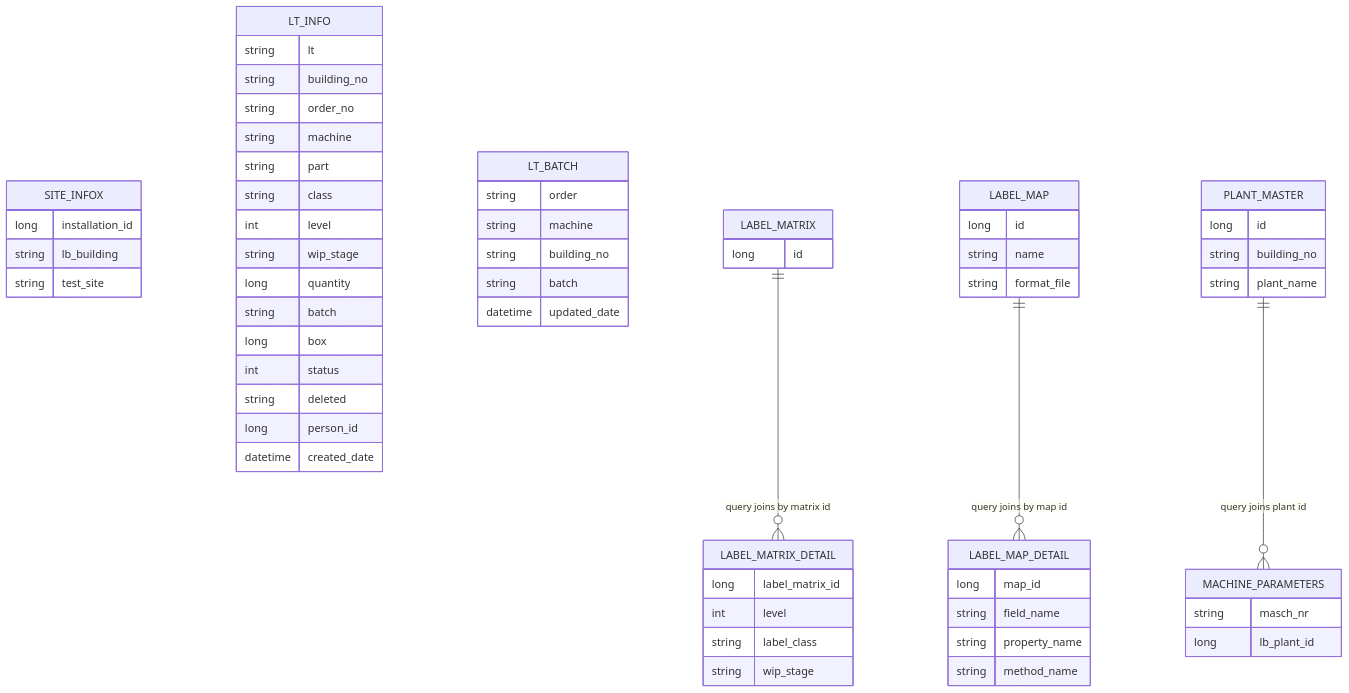
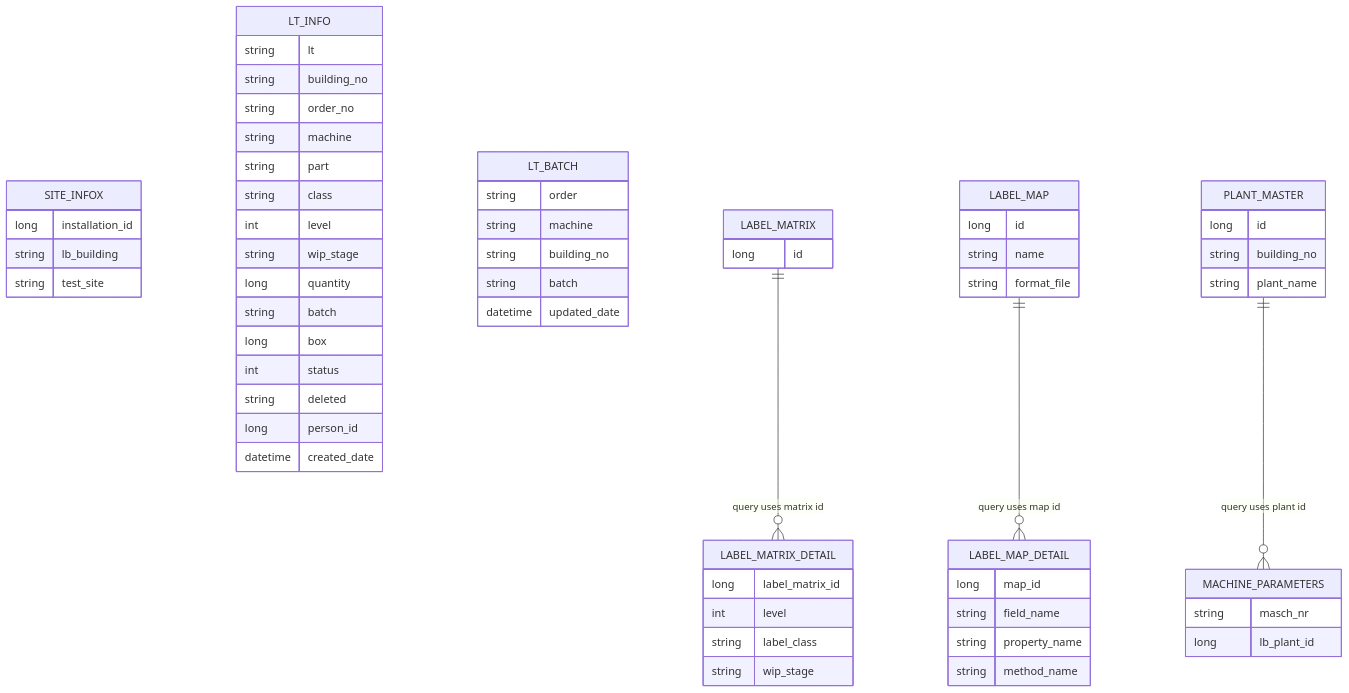
Before and after one commit to Raghavendra194/my-courses: the sixth of 8 diagrams in Architecture-Analysis.md, drawn with Mermaid. The commit also changed other lines of this file, not shown here.

````diff
--- a/Architecture-Analysis.md
+++ b/Architecture-Analysis.md
@@ -537,64 +600,64 @@
 ```mermaid
 erDiagram
   SITE_INFOX {
     long installation_id
     string lb_building
     string test_site
   }
   LT_INFO {
     string lt
     string building_no
     string order_no
     string machine
     string part
     string class
     int level
     string wip_stage
     long quantity
     string batch
     long box
     int status
     string deleted
     long person_id
     datetime created_date
   }
   LT_BATCH {
     string order
     string machine
     string building_no
     string batch
     datetime updated_date
   }
   LABEL_MATRIX {
     long id
   }
   LABEL_MATRIX_DETAIL {
     long label_matrix_id
     int level
     string label_class
     string wip_stage
   }
   LABEL_MAP {
     long id
     string name
     string format_file
   }
   LABEL_MAP_DETAIL {
     long map_id
     string field_name
     string property_name
     string method_name
   }
   PLANT_MASTER {
     long id
     string building_no
     string plant_name
   }
   MACHINE_PARAMETERS {
     string masch_nr
     long lb_plant_id
   }
-  LABEL_MATRIX ||--o{ LABEL_MATRIX_DETAIL : "query joins by matrix id"
-  LABEL_MAP ||--o{ LABEL_MAP_DETAIL : "query joins by map id"
-  PLANT_MASTER ||--o{ MACHINE_PARAMETERS : "query joins plant id"
+  LABEL_MATRIX ||--o{ LABEL_MATRIX_DETAIL : "query uses matrix id"
+  LABEL_MAP ||--o{ LABEL_MAP_DETAIL : "query uses map id"
+  PLANT_MASTER ||--o{ MACHINE_PARAMETERS : "query uses plant id"
 ```
````
